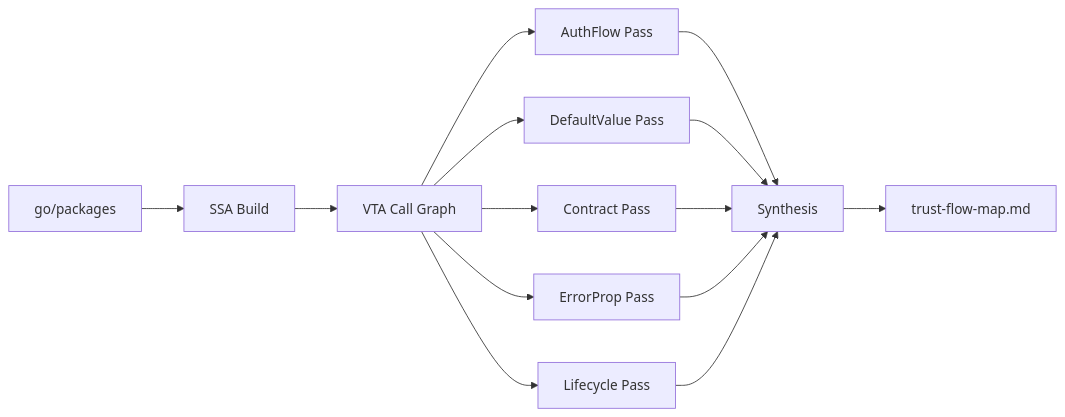
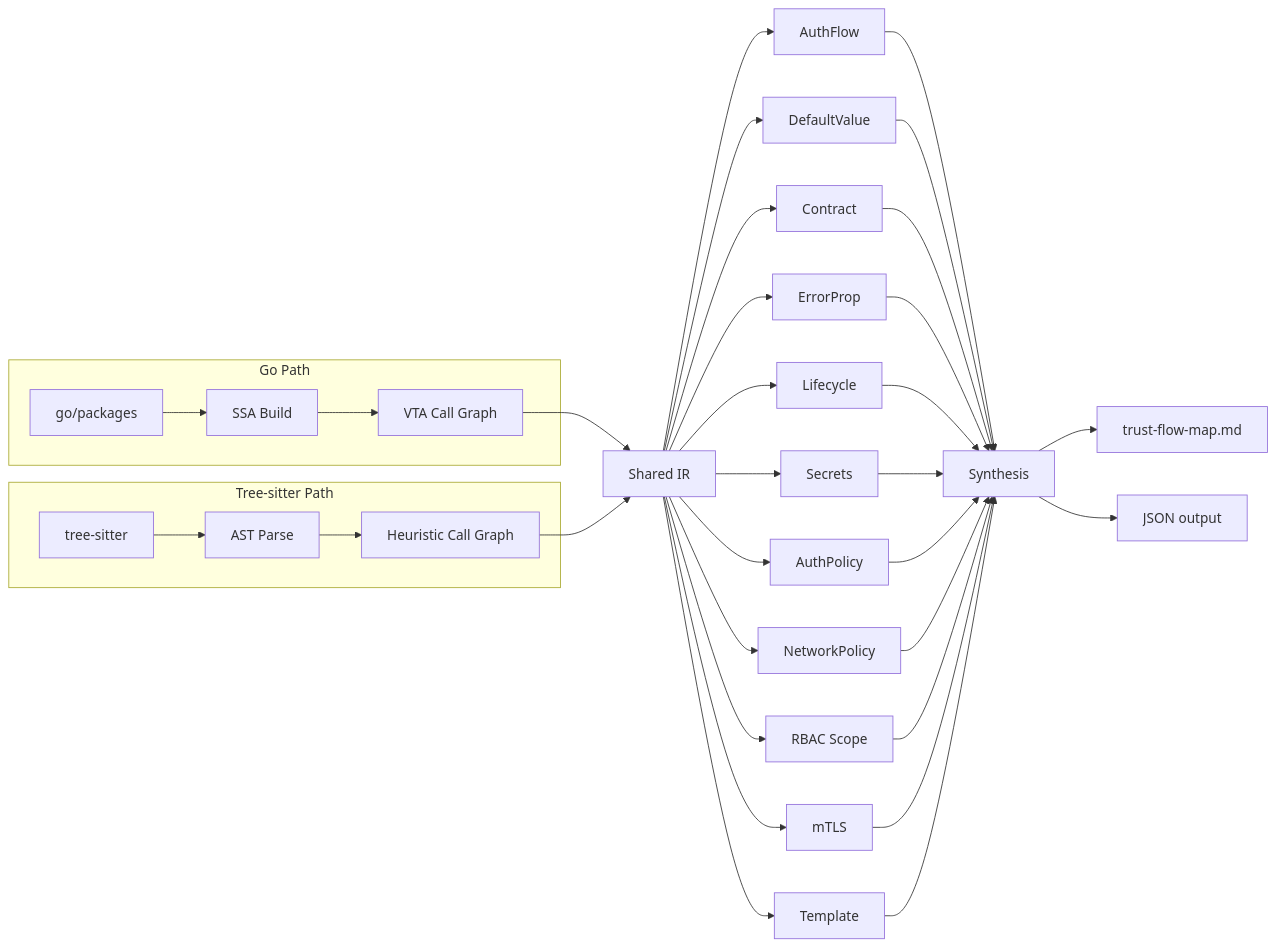
The diagram in site/docs/index.md (ugiordan/trust-flow-analyzer), drawn with Mermaid before and after one commit. The commit also changed other lines of this file and 13 other files, not shown here.

````diff
--- a/site/docs/index.md
+++ b/site/docs/index.md
@@ -46,12 +71,27 @@
 ```mermaid
 graph LR
-    A[go/packages] --> B[SSA Build]
-    B --> C[VTA Call Graph]
-    C --> D[AuthFlow Pass]
-    C --> E[DefaultValue Pass]
-    C --> F[Contract Pass]
-    C --> G[ErrorProp Pass]
-    C --> H[Lifecycle Pass]
-    D & E & F & G & H --> I[Synthesis]
-    I --> J[trust-flow-map.md]
+    subgraph "Go Path"
+        A1[go/packages] --> B1[SSA Build]
+        B1 --> C1[VTA Call Graph]
+    end
+    subgraph "Tree-sitter Path"
+        A2[tree-sitter] --> B2[AST Parse]
+        B2 --> C2[Heuristic Call Graph]
+    end
+    C1 --> IR[Shared IR]
+    C2 --> IR
+    IR --> P1[AuthFlow]
+    IR --> P2[DefaultValue]
+    IR --> P3[Contract]
+    IR --> P4[ErrorProp]
+    IR --> P5[Lifecycle]
+    IR --> P6[Secrets]
+    IR --> P7[AuthPolicy]
+    IR --> P8[NetworkPolicy]
+    IR --> P9[RBAC Scope]
+    IR --> P10[mTLS]
+    IR --> P11[Template]
+    P1 & P2 & P3 & P4 & P5 & P6 & P7 & P8 & P9 & P10 & P11 --> S[Synthesis]
+    S --> MD[trust-flow-map.md]
+    S --> JSON[JSON output]
 ```
````
